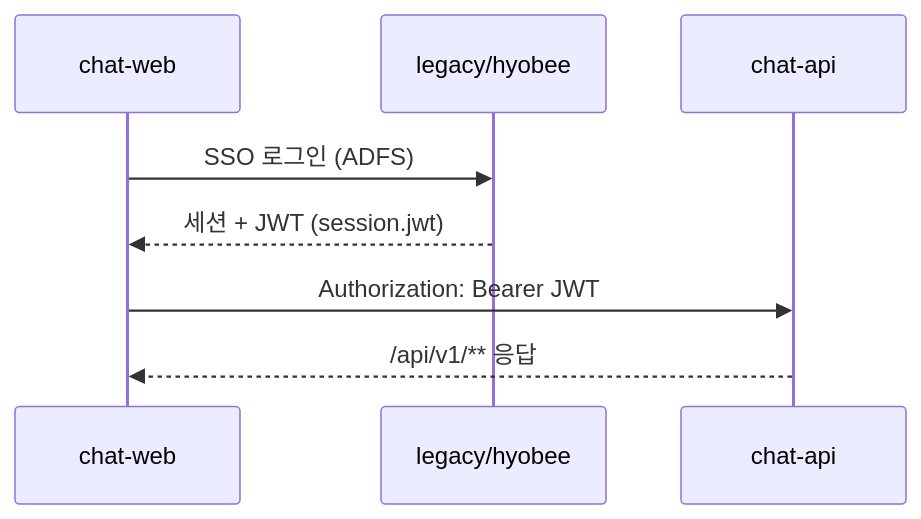
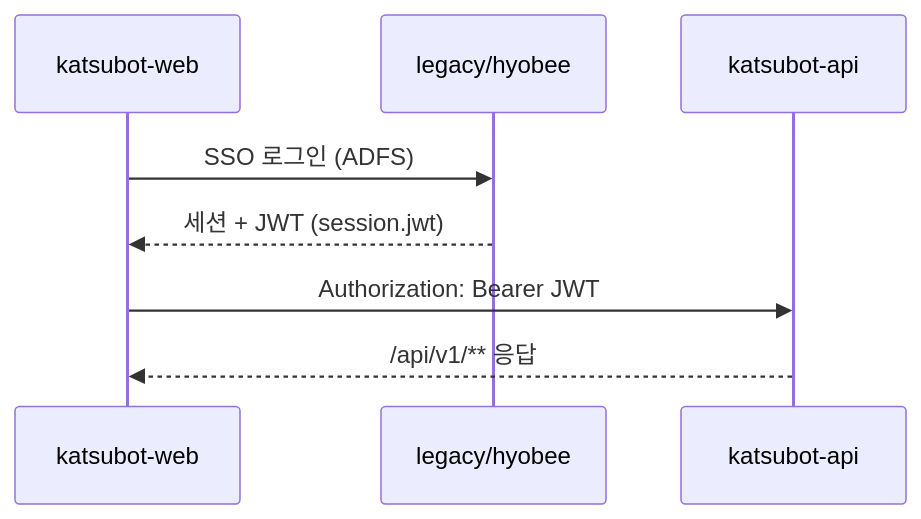
Before and after one commit to katsulabs/katsulabs-katsubot: the diagram in docs/archive/KC-007/superseded/auth-bridge.md, drawn with Mermaid. The commit also changed other lines of this file and 34 other files, not shown here.

First line of the commit message:
docs(KC-007-modernization): katsubot-api/web 리네임 및 마이그레이션 문서 갱신

````diff
--- a/docs/archive/KC-007/superseded/auth-bridge.md
+++ b/docs/archive/KC-007/superseded/auth-bridge.md
@@ -8,11 +8,11 @@
 ```mermaid
 sequenceDiagram
-  participant Browser as chat-web
+  participant Browser as katsubot-web
   participant Legacy as legacy/hyobee
-  participant API as chat-api
+  participant API as katsubot-api
 
   Browser->>Legacy: SSO 로그인 (ADFS)
   Legacy-->>Browser: 세션 + JWT (session.jwt)
   Browser->>API: Authorization: Bearer JWT
   API-->>Browser: /api/v1/** 응답
 ```
````
